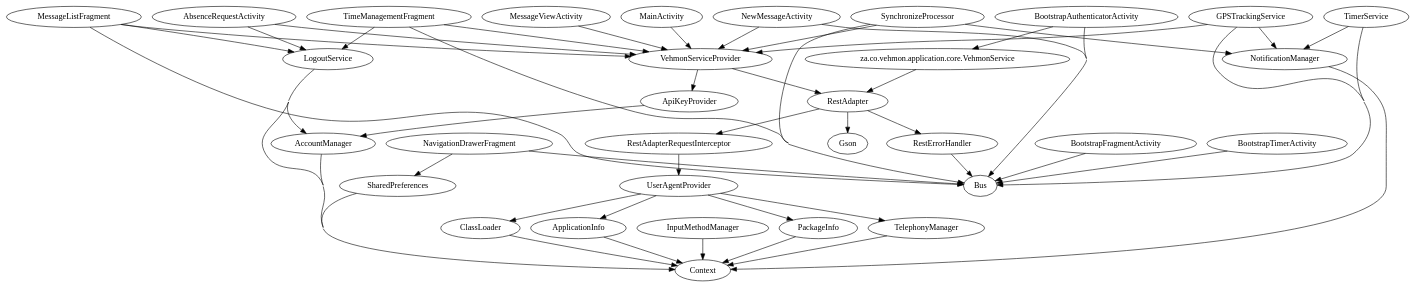
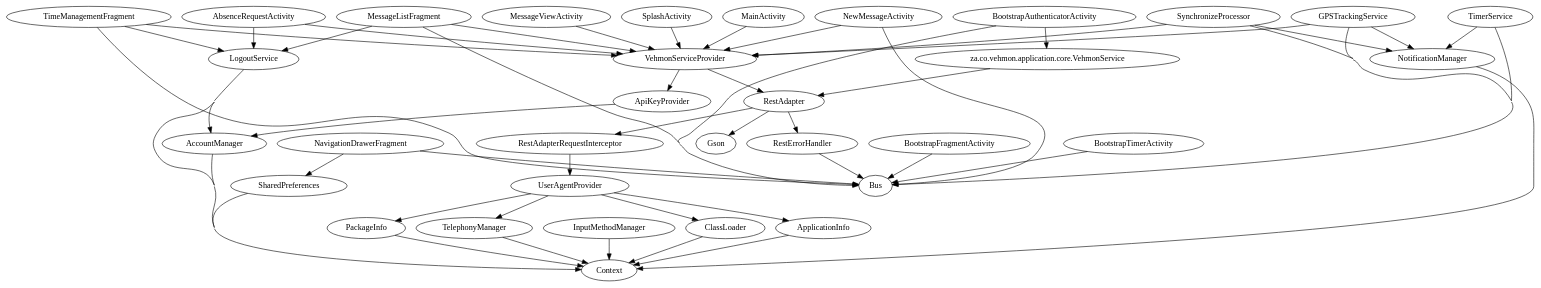
Before and after one commit to Renaldobenji/android-vehmon: the diagram in app/build/intermediates/classes/debug/za/co/vehmon/application/RootModule.dot, drawn with Graphviz. The commit also changed 40 other files, not shown here.

```diff
--- a/app/build/intermediates/classes/debug/za/co/vehmon/application/RootModule.dot
+++ b/app/build/intermediates/classes/debug/za/co/vehmon/application/RootModule.dot
@@ -1,53 +1,54 @@
 digraph G1 {
   concentrate = true;
   AbsenceRequestActivity -> VehmonServiceProvider;
   AbsenceRequestActivity -> LogoutService;
   AccountManager -> Context;
   ApiKeyProvider -> AccountManager;
   ApplicationInfo -> Context;
   n2 [label="za.co.vehmon.application.core.VehmonService"];
   BootstrapAuthenticatorActivity -> n2;
   BootstrapAuthenticatorActivity -> Bus;
   BootstrapFragmentActivity -> Bus;
   BootstrapTimerActivity -> Bus;
   ClassLoader -> Context;
   GPSTrackingService -> NotificationManager;
   GPSTrackingService -> VehmonServiceProvider;
   GPSTrackingService -> Bus;
   InputMethodManager -> Context;
   LogoutService -> AccountManager;
   LogoutService -> Context;
   MainActivity -> VehmonServiceProvider;
   MessageListFragment -> VehmonServiceProvider;
   MessageListFragment -> LogoutService;
   MessageListFragment -> Bus;
   MessageViewActivity -> VehmonServiceProvider;
   NavigationDrawerFragment -> SharedPreferences;
   NavigationDrawerFragment -> Bus;
   NewMessageActivity -> VehmonServiceProvider;
   NewMessageActivity -> Bus;
   NotificationManager -> Context;
   PackageInfo -> Context;
+  RestAdapter -> RestErrorHandler;
   RestAdapter -> RestAdapterRequestInterceptor;
   RestAdapter -> Gson;
-  RestAdapter -> RestErrorHandler;
   RestAdapterRequestInterceptor -> UserAgentProvider;
   RestErrorHandler -> Bus;
   SharedPreferences -> Context;
+  SplashActivity -> VehmonServiceProvider;
   SynchronizeProcessor -> NotificationManager;
   SynchronizeProcessor -> VehmonServiceProvider;
   SynchronizeProcessor -> Bus;
   TelephonyManager -> Context;
   TimeManagementFragment -> VehmonServiceProvider;
   TimeManagementFragment -> LogoutService;
   TimeManagementFragment -> Bus;
   TimerService -> NotificationManager;
   TimerService -> Bus;
-  UserAgentProvider -> PackageInfo;
+  UserAgentProvider -> ClassLoader;
   UserAgentProvider -> TelephonyManager;
   UserAgentProvider -> ApplicationInfo;
-  UserAgentProvider -> ClassLoader;
+  UserAgentProvider -> PackageInfo;
+  VehmonServiceProvider -> RestAdapter;
   VehmonServiceProvider -> ApiKeyProvider;
-  VehmonServiceProvider -> RestAdapter;
   n2 -> RestAdapter;
 }
```
